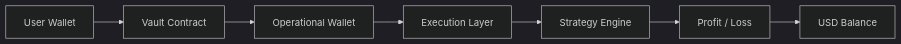
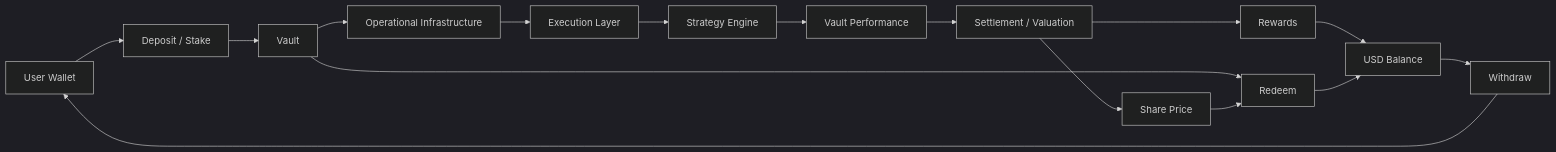
The diagram in overview/how-it-works.mdx (FOPEN2010/docs), drawn with Mermaid (dark theme) before and after one commit. The commit also changed other lines of this file and 8 other files, not shown here.

````diff
--- a/overview/how-it-works.mdx
+++ b/overview/how-it-works.mdx
@@ -9,9 +13,18 @@
 ```mermaid
 flowchart LR
-    A[User Wallet] --> B[Vault Contract]
-    B --> C[Operational Wallet]
-    C --> D[Execution Layer]
-    D --> E[Strategy Engine]
-    E --> F[Profit / Loss]
-    F --> G[USD Balance]
+    A[User Wallet] --> B[Deposit / Stake]
+    B --> C[Vault]
+    C --> D[Operational Infrastructure]
+    D --> E[Execution Layer]
+    E --> F[Strategy Engine]
+    F --> G[Vault Performance]
+    G --> H[Settlement / Valuation]
+    H --> I[Share Price]
+    H --> J[Rewards]
+    J --> K[USD Balance]
+    C --> L[Redeem]
+    I --> L
+    L --> K
+    K --> M[Withdraw]
+    M --> A
 ```
````
